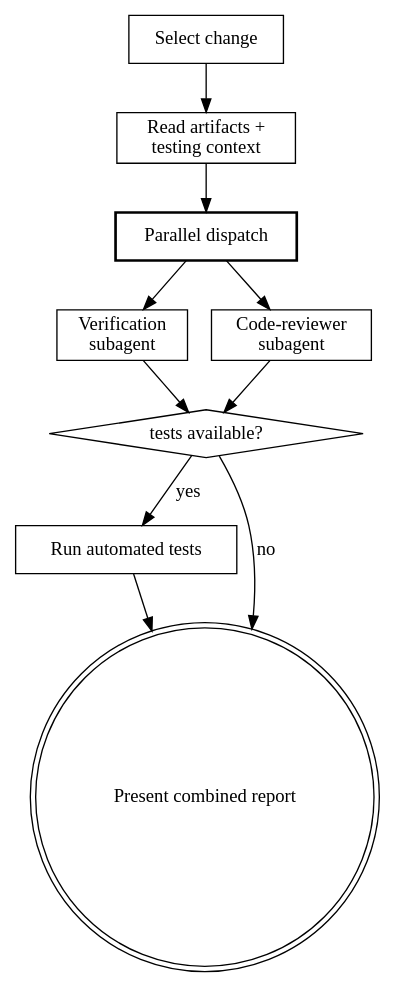
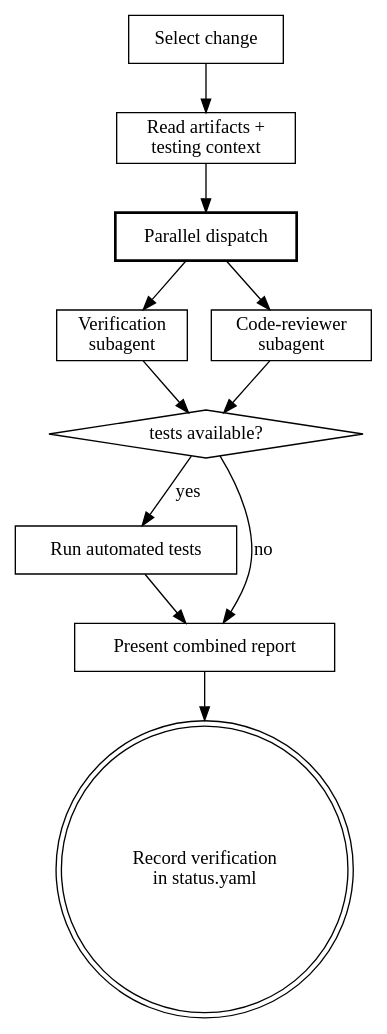
Before and after one commit to kirkchen/beat: the diagram in skills/verify/SKILL.md, drawn with Graphviz. The commit also changed other lines of this file and 32 other files, not shown here.

````diff
--- a/skills/verify/SKILL.md
+++ b/skills/verify/SKILL.md
@@ -58,22 +59,24 @@
 ```dot
 digraph verify {
     "Select change" [shape=box];
     "Read artifacts +\ntesting context" [shape=box];
     "Parallel dispatch" [shape=box, style=bold];
     "Verification\nsubagent" [shape=box];
     "Code-reviewer\nsubagent" [shape=box];
     "tests available?" [shape=diamond];
     "Run automated tests" [shape=box];
-    "Present combined report" [shape=doublecircle];
+    "Present combined report" [shape=box];
+    "Record verification\nin status.yaml" [shape=doublecircle];
 
     "Select change" -> "Read artifacts +\ntesting context";
     "Read artifacts +\ntesting context" -> "Parallel dispatch";
     "Parallel dispatch" -> "Verification\nsubagent";
     "Parallel dispatch" -> "Code-reviewer\nsubagent";
     "Verification\nsubagent" -> "tests available?";
     "Code-reviewer\nsubagent" -> "tests available?";
     "tests available?" -> "Run automated tests" [label="yes"];
     "tests available?" -> "Present combined report" [label="no"];
     "Run automated tests" -> "Present combined report";
+    "Present combined report" -> "Record verification\nin status.yaml";
 }
 ```
````
